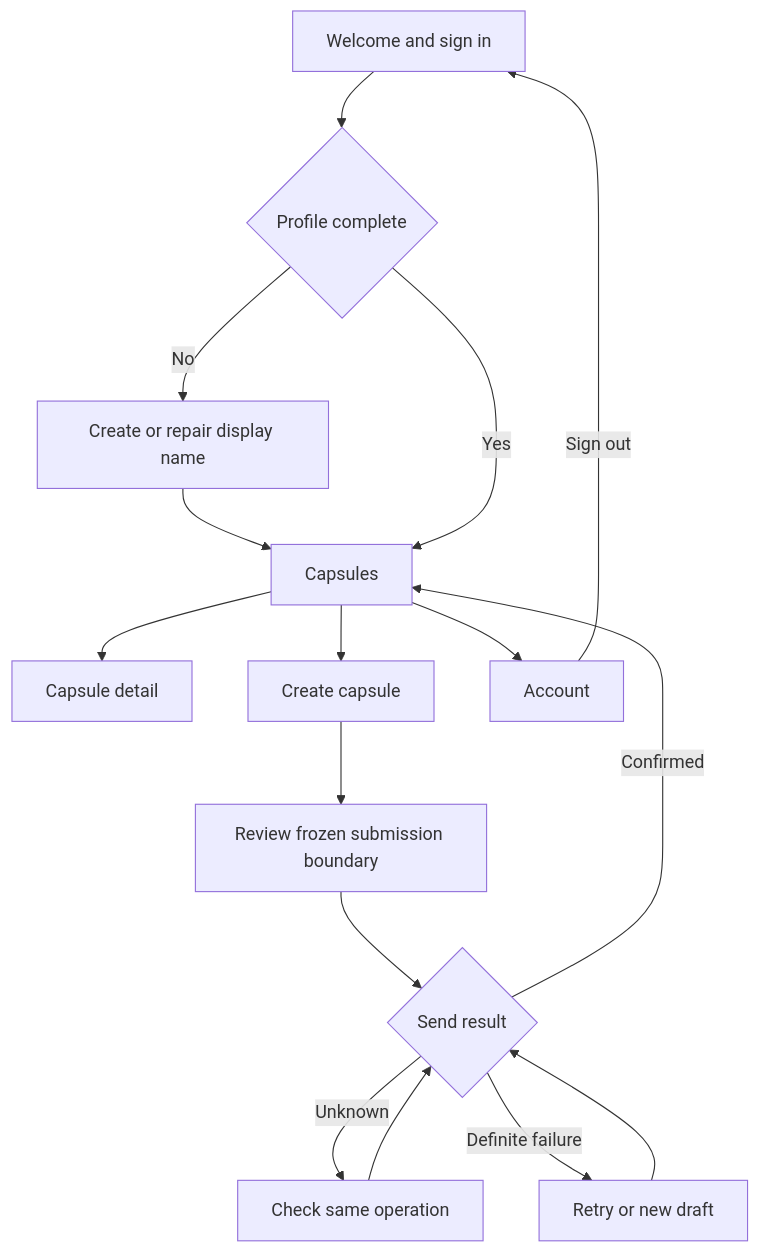
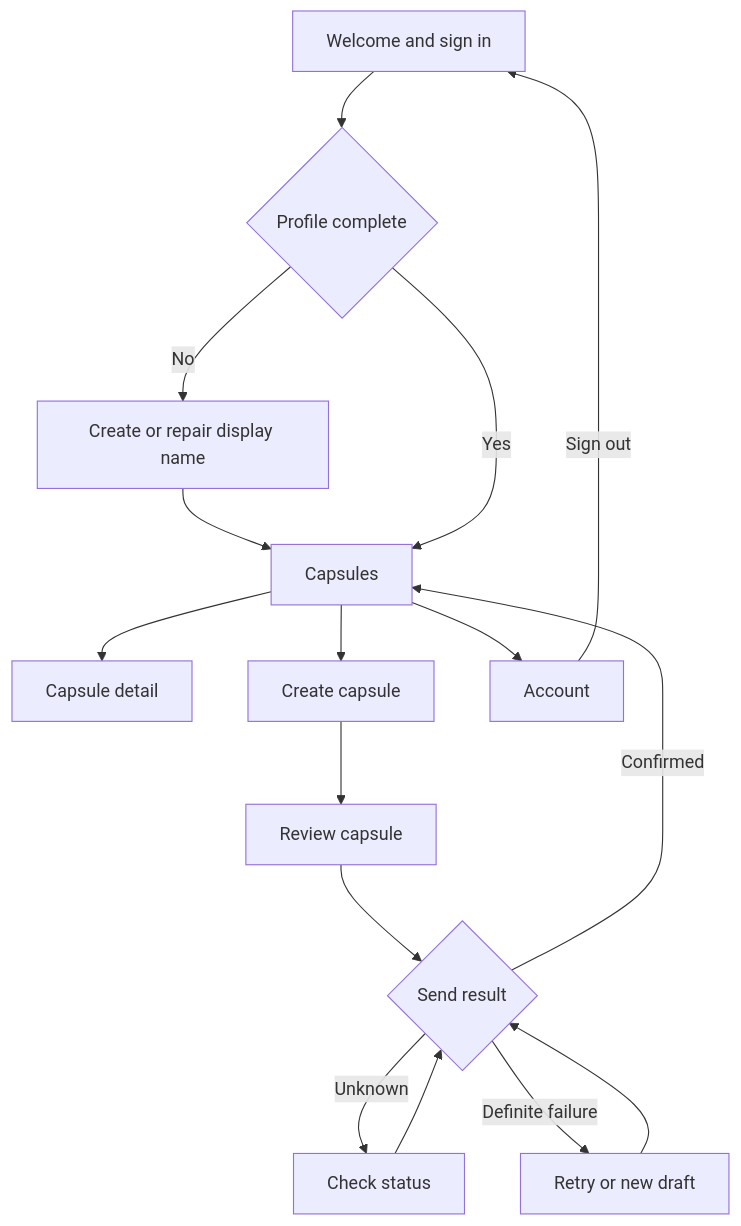
The diagram in DESIGN.md (theguardianofthebed/Time-Capsule), drawn with Mermaid before and after one commit. The commit also changed other lines of this file and 39 other files, not shown here.

````diff
--- a/DESIGN.md
+++ b/DESIGN.md
@@ -28,18 +19,18 @@
 ```mermaid
 flowchart TD
     Entry["Welcome and sign in"] --> Profile{"Profile complete"}
     Profile -->|No| Repair["Create or repair display name"]
     Repair --> Lists["Capsules"]
     Profile -->|Yes| Lists
     Lists --> Detail["Capsule detail"]
-    Lists --> Compose["Create capsule"]
+    Lists --> Create["Create capsule"]
     Lists --> Account["Account"]
-    Compose --> Review["Review frozen submission boundary"]
+    Create --> Review["Review capsule"]
     Review --> Result{"Send result"}
     Result -->|Confirmed| Lists
-    Result -->|Unknown| Check["Check same operation"]
+    Result -->|Unknown| Check["Check status"]
     Result -->|Definite failure| Retry["Retry or new draft"]
     Check --> Result
     Retry --> Result
     Account -->|Sign out| Entry
 ```
````
